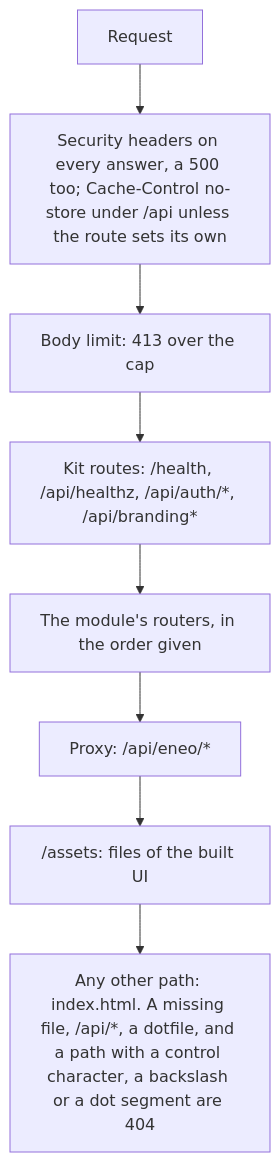
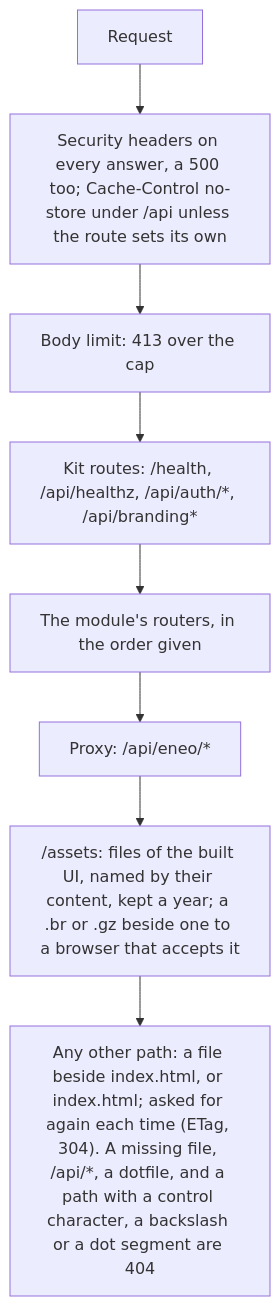
One commit to eneo-ai/eneo-module-kit changed the third of 14 diagrams in docs/architecture.md. Above: the diagram before and after it, drawn with Mermaid. The commit also changed 7 other files, not shown here.

First line of the commit message:
feat(bff): hashed assets are kept a year, the page revalidates, and precompressed files go to a browser that takes them

````diff
--- a/docs/architecture.md
+++ b/docs/architecture.md
@@ -90,10 +90,10 @@
 ```mermaid
 flowchart TB
   req["Request"] --> sec["Security headers on every answer, a 500 too; Cache-Control no-store under /api unless the route sets its own"]
   sec --> lim["Body limit: 413 over the cap"]
   lim --> kit["Kit routes: /health, /api/healthz, /api/auth/*, /api/branding*"]
   kit --> own["The module's routers, in the order given"]
   own --> prx["Proxy: /api/eneo/*"]
-  prx --> assets["/assets: files of the built UI"]
-  assets --> page["Any other path: index.html. A missing file, /api/*, a dotfile, and a path with a control character, a backslash or a dot segment are 404"]
+  prx --> assets["/assets: files of the built UI, named by their content, kept a year; a .br or .gz beside one to a browser that accepts it"]
+  assets --> page["Any other path: a file beside index.html, or index.html; asked for again each time (ETag, 304). A missing file, /api/*, a dotfile, and a path with a control character, a backslash or a dot segment are 404"]
 ```
````
